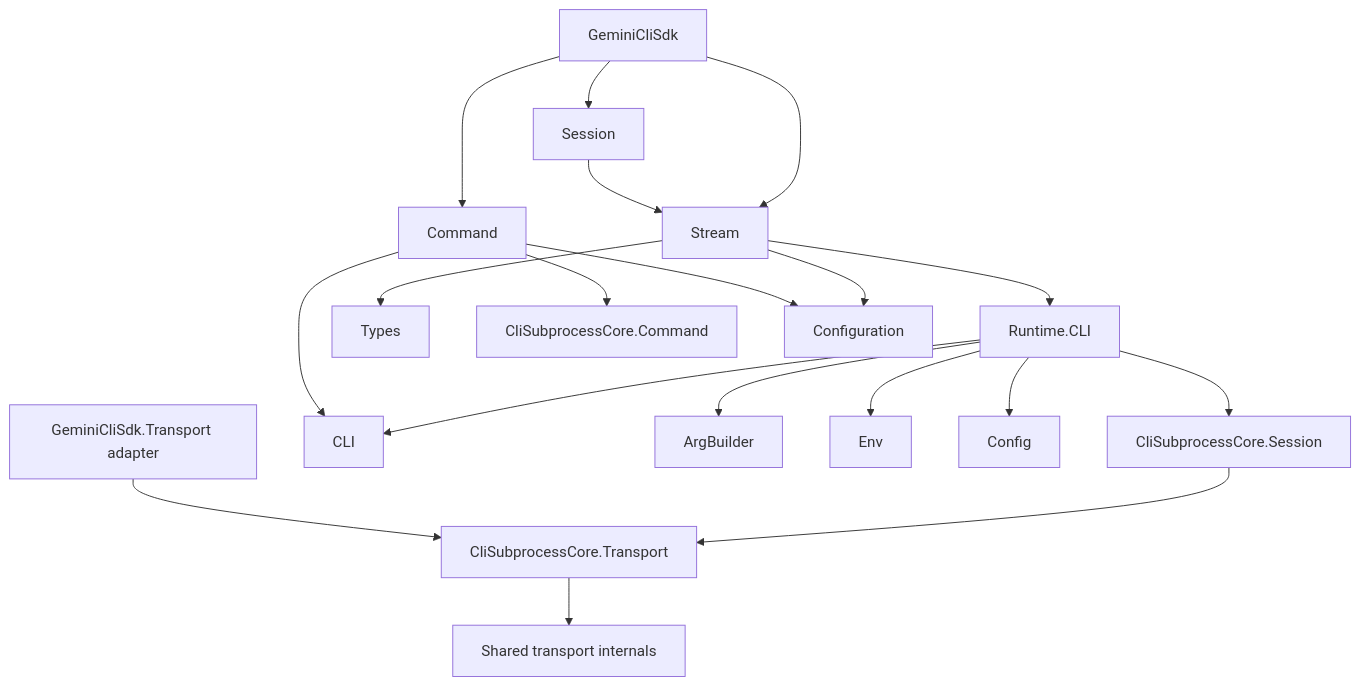
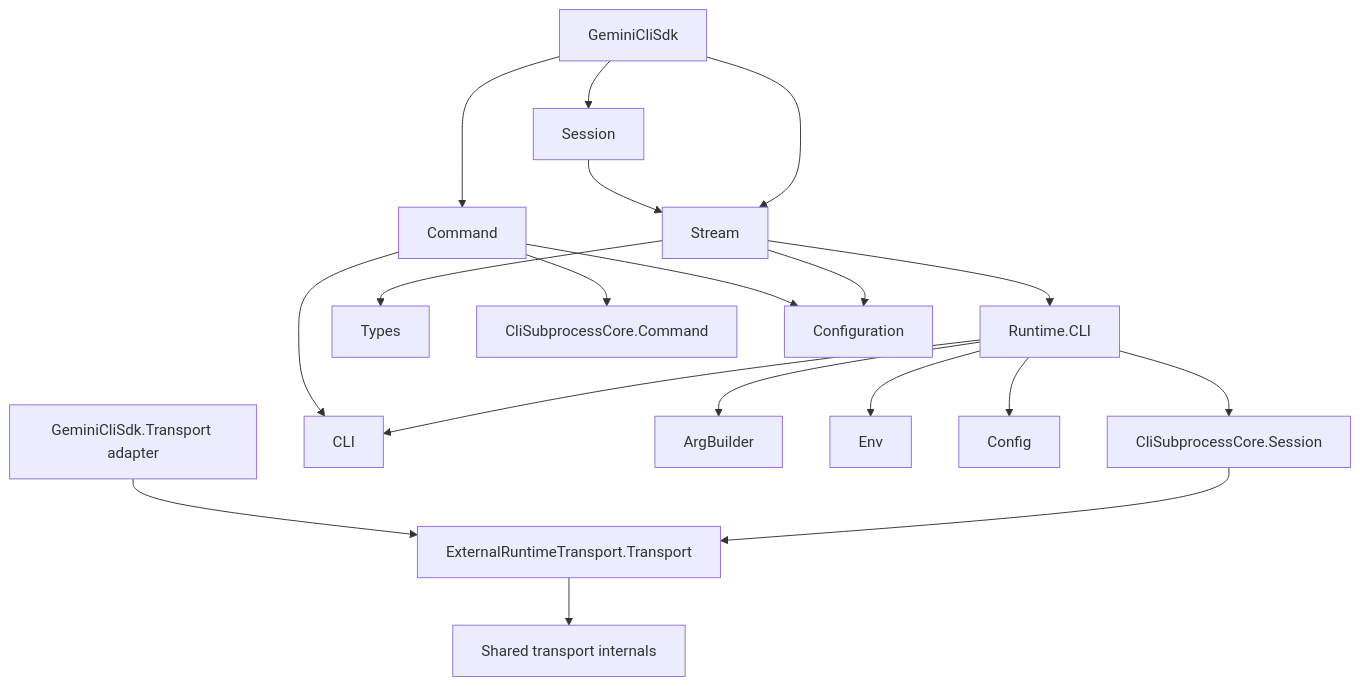
The diagram in guides/architecture.md (nshkrdotcom/gemini_cli_sdk), drawn with Mermaid before and after one commit. The commit also changed other lines of this file and 5 other files, not shown here.

Commit message:
gemini_cli_sdk: finish cli subprocess core transport cutover

````diff
--- a/guides/architecture.md
+++ b/guides/architecture.md
@@ -7,21 +7,21 @@
 ```mermaid
 graph TD
     A[GeminiCliSdk] --> B[Stream]
     A --> C[Command]
     A --> D[Session]
     B --> E[Runtime.CLI]
     E --> F[CliSubprocessCore.Session]
-    F --> G[CliSubprocessCore.Transport]
+    F --> G[ExternalRuntimeTransport.Transport]
     G --> H[Shared transport internals]
     E --> I[CLI]
     E --> J[ArgBuilder]
     E --> K[Env]
     E --> L[Config]
     B --> M[Types]
     C --> Q[CliSubprocessCore.Command]
     C --> I
     B --> O[Configuration]
     C --> O
     D --> B
     P[GeminiCliSdk.Transport adapter] --> G
 ```
````
